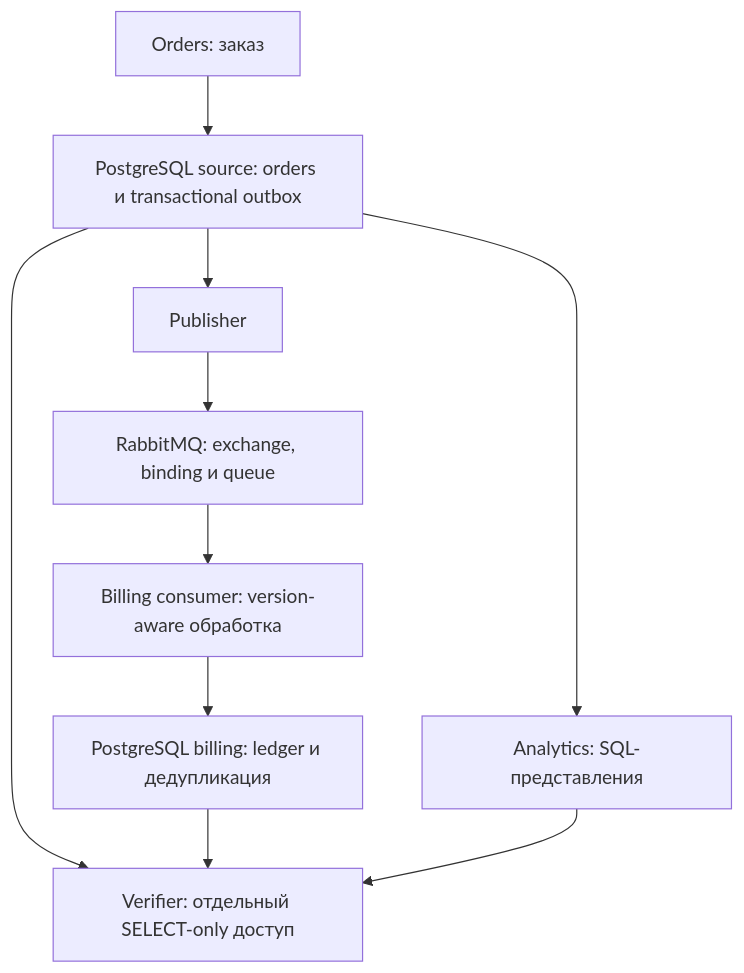
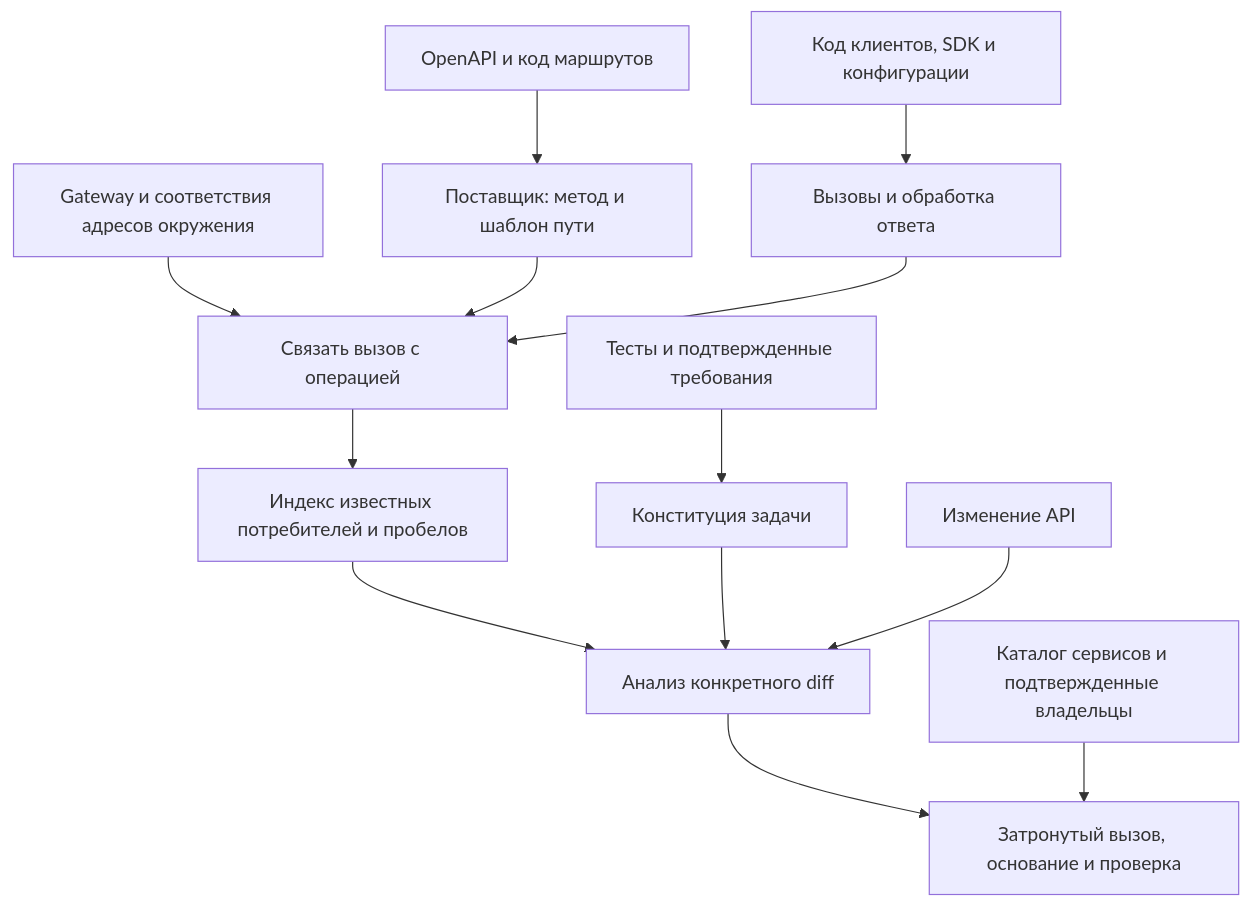
Before and after one commit to rengalaxies/agent: the fifth of 9 diagrams in docs/product-architecture-2026-10-20.md, drawn with Mermaid. The commit also changed other lines of this file and 23 other files, not shown here.

Commit message:
docs: revise advisory architecture and pre-task constitution with nine validated diagrams

````diff
--- a/docs/product-architecture-2026-10-20.md
+++ b/docs/product-architecture-2026-10-20.md
@@ -141,12 +213,15 @@
 ```mermaid
 flowchart TD
-  O["Orders: заказ"] --> P["PostgreSQL source: orders и transactional outbox"]
-  P --> X["Publisher"]
-  X --> R["RabbitMQ: exchange, binding и queue"]
-  R --> B["Billing consumer: version-aware обработка"]
-  B --> L["PostgreSQL billing: ledger и дедупликация"]
-  P --> A["Analytics: SQL-представления"]
-  P --> V["Verifier: отдельный SELECT-only доступ"]
-  L --> V
-  A --> V
+  O["OpenAPI и код маршрутов"] --> A["Поставщик: метод и шаблон пути"]
+  C["Код клиентов, SDK и конфигурации"] --> U["Вызовы и обработка ответа"]
+  G["Gateway и соответствия адресов окружения"] --> L["Связать вызов с операцией"]
+  A --> L
+  U --> L
+  L --> D["Индекс известных потребителей и пробелов"]
+  T["Тесты и подтвержденные требования"] --> K["Конституция задачи"]
+  D --> I["Анализ конкретного diff"]
+  K --> I
+  X["Изменение API"] --> I
+  I --> F["Затронутый вызов, основание и проверка"]
+  W["Каталог сервисов и подтвержденные владельцы"] --> F
 ```
````
